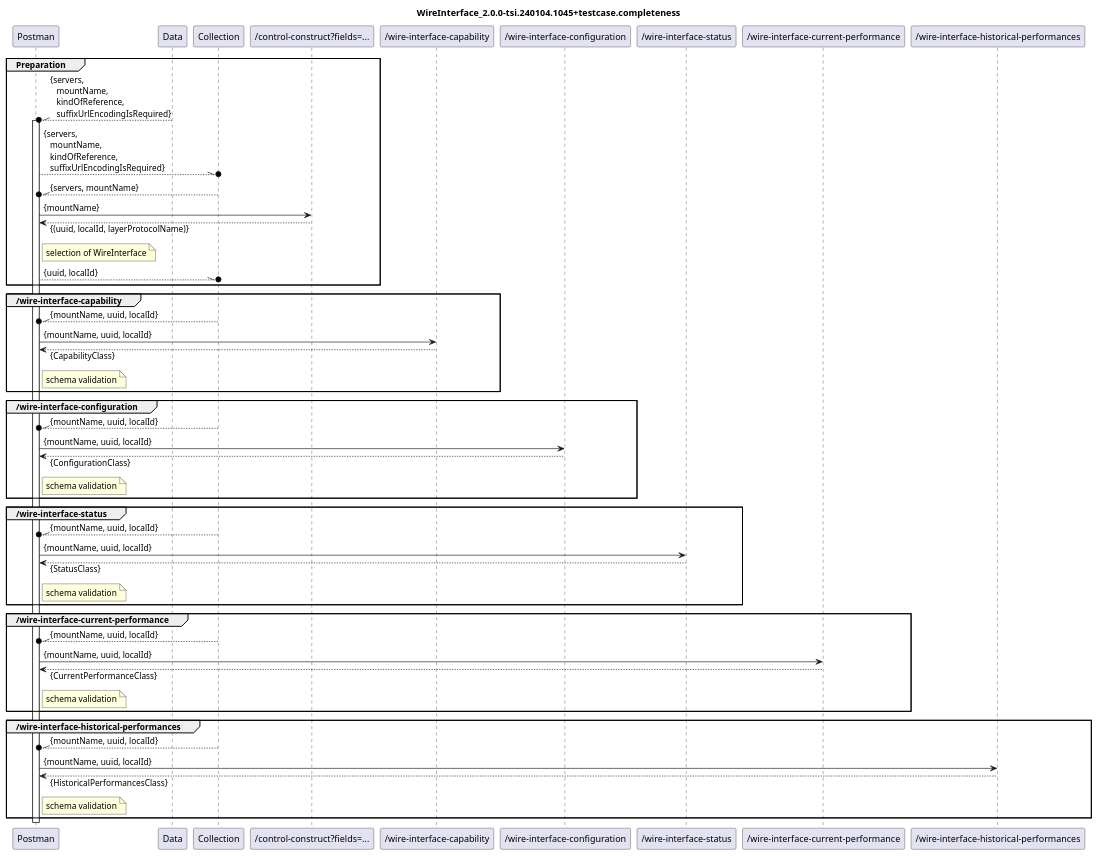
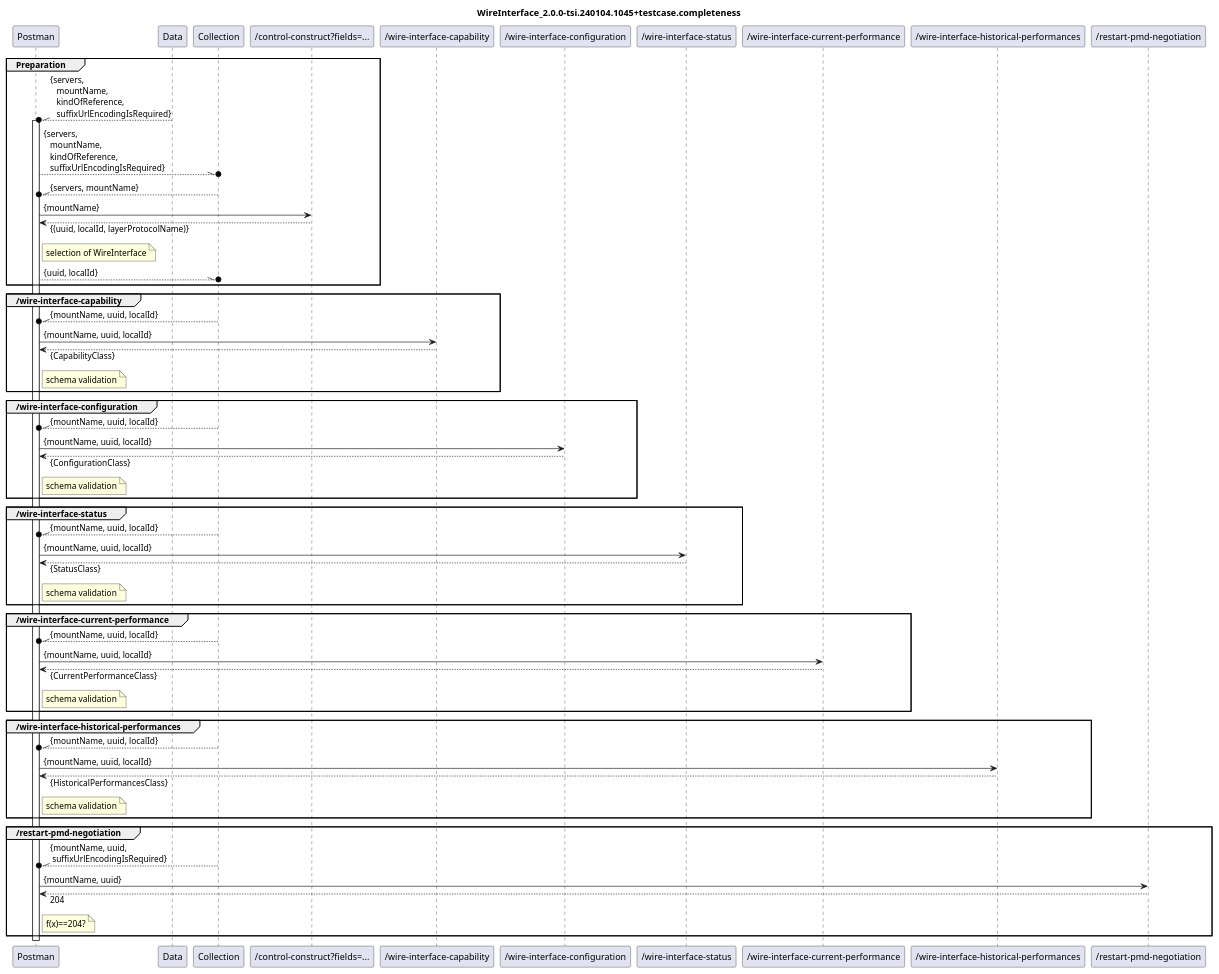
One commit to openBackhaul/wireInterface changed the diagram in WireInterface_2.0.0-tsi.240104.1045+vali/Completeness/WireInterface_2.0.0-tsi.240104.1045+diagram.completeness.plantuml. Above: the diagram before and after it, drawn with PlantUML. The commit also changed 1 other file, not shown here.

Commit message:
Add RPC to diagram

```diff
--- a/WireInterface_2.0.0-tsi.240104.1045+vali/Completeness/WireInterface_2.0.0-tsi.240104.1045+diagram.completeness.plantuml
+++ b/WireInterface_2.0.0-tsi.240104.1045+vali/Completeness/WireInterface_2.0.0-tsi.240104.1045+diagram.completeness.plantuml
@@ -1,81 +1,91 @@
 @startuml WireInterface_2.0.0-tsi.240104.1045+diagram.completeness
 skinparam responseMessageBelowArrow true
 
 title
 WireInterface_2.0.0-tsi.240104.1045+testcase.completeness
 end title
 
 participant "Postman" as Postman
 participant "Data" as Data
 participant "Collection" as Collection
 
 participant "/control-construct?fields=..." as ListOfLTPUuidAndLidPairsAndNames
 
 participant "/wire-interface-capability" as Capability
 participant "/wire-interface-configuration" as Configuration
 participant "/wire-interface-status" as Status
 participant "/wire-interface-current-performance" as CurrentPerformance
 participant "/wire-interface-historical-performances" as HistoricalPerformances
+participant "/restart-pmd-negotiation" as RestartPmdNegotiation
 
 group Preparation
   Data --\\o Postman : {servers,\n   mountName,\n   kindOfReference,\n   suffixUrlEncodingIsRequired}
   activate Postman
   Postman --\\o Collection : {servers,\n   mountName,\n   kindOfReference,\n   suffixUrlEncodingIsRequired}
 
   Collection --\\o Postman : {servers, mountName}
   Postman -> ListOfLTPUuidAndLidPairsAndNames : {mountName}
   Postman <-- ListOfLTPUuidAndLidPairsAndNames : {(uuid, localId, layerProtocolName)}
   note right Postman
     selection of WireInterface
   end note
   Postman --\\o Collection : {uuid, localId}
 end
 
 group /wire-interface-capability
   Collection --\\o Postman : {mountName, uuid, localId}
   Postman -> Capability : {mountName, uuid, localId}
   Postman <-- Capability : {CapabilityClass}
   note right Postman
     schema validation
   end note
 end
 
 group /wire-interface-configuration
   Collection --\\o Postman : {mountName, uuid, localId}
   Postman -> Configuration : {mountName, uuid, localId}
   Postman <-- Configuration : {ConfigurationClass}
   note right Postman
     schema validation
   end note
 end
 
 group /wire-interface-status
   Collection --\\o Postman : {mountName, uuid, localId}
   Postman -> Status : {mountName, uuid, localId}
   Postman <-- Status : {StatusClass}
   note right Postman
     schema validation
   end note
 end
 
 group /wire-interface-current-performance
   Collection --\\o Postman : {mountName, uuid, localId}
   Postman -> CurrentPerformance : {mountName, uuid, localId}
   Postman <-- CurrentPerformance : {CurrentPerformanceClass}
   note right Postman
     schema validation
   end note
 end
 
 group /wire-interface-historical-performances
   Collection --\\o Postman : {mountName, uuid, localId}
   Postman -> HistoricalPerformances : {mountName, uuid, localId}
   Postman <-- HistoricalPerformances : {HistoricalPerformancesClass}
   note right Postman
     schema validation
   end note
 end
 
+group /restart-pmd-negotiation
+  Collection --\\o Postman : {mountName, uuid, \n suffixUrlEncodingIsRequired}
+  Postman -> RestartPmdNegotiation : {mountName, uuid}
+  Postman <-- RestartPmdNegotiation : 204
+  note right Postman
+    f(x)==204?
+  end note
+end
+
 deactivate Postman
 
 @enduml
```
